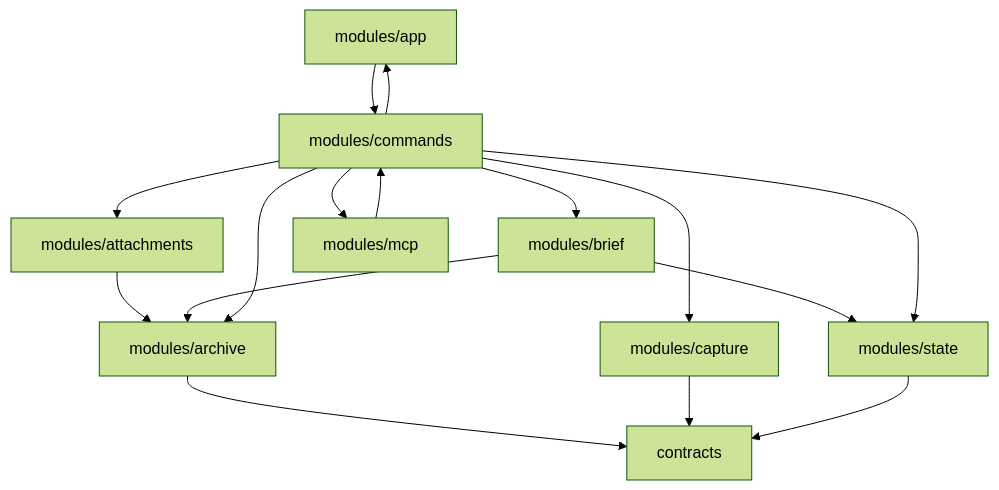
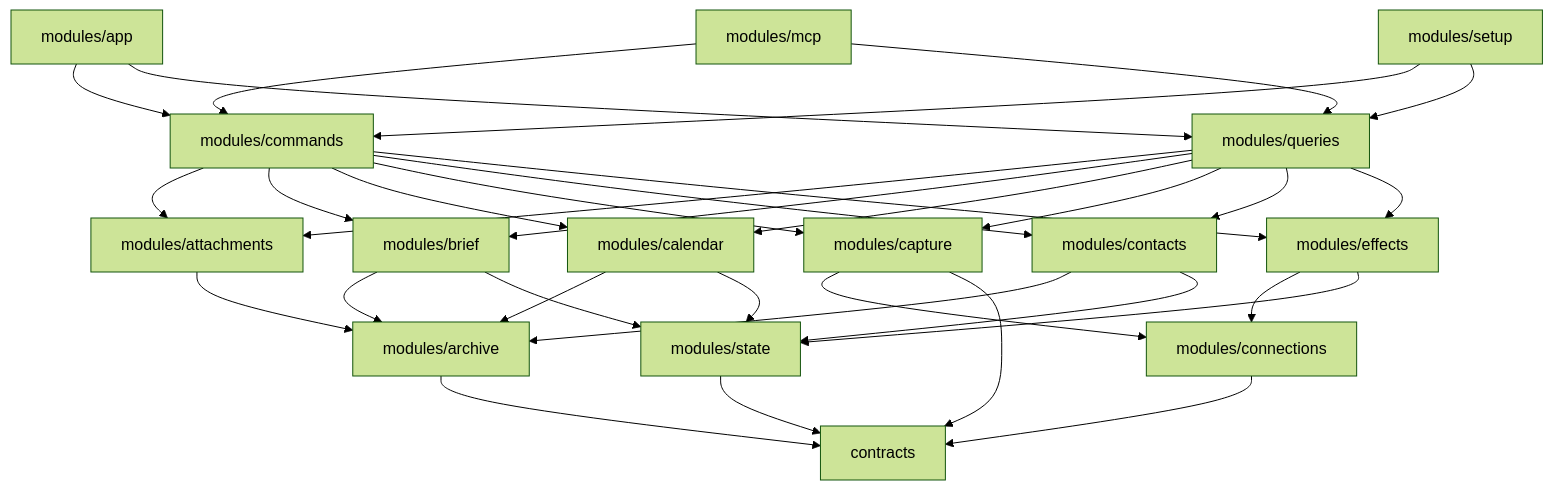
Before and after one commit to diligent-communications/diligent-communications: the diagram in map/README.md, drawn with Mermaid (forest theme). The commit also changed other lines of this file and 20 other files, not shown here.

````diff
--- a/map/README.md
+++ b/map/README.md
@@ -7,27 +9,50 @@
 ```mermaid
 flowchart TD
     folder0["contracts"]
     folder1["modules/app"]
     folder2["modules/archive"]
     folder3["modules/attachments"]
     folder4["modules/brief"]
-    folder5["modules/capture"]
-    folder6["modules/commands"]
-    folder7["modules/mcp"]
-    folder8["modules/state"]
-    folder1 --> folder6
+    folder5["modules/calendar"]
+    folder6["modules/capture"]
+    folder7["modules/commands"]
+    folder8["modules/connections"]
+    folder9["modules/contacts"]
+    folder10["modules/effects"]
+    folder11["modules/mcp"]
+    folder12["modules/queries"]
+    folder13["modules/setup"]
+    folder14["modules/state"]
+    folder1 --> folder7
+    folder1 --> folder12
     folder2 --> folder0
     folder3 --> folder2
     folder4 --> folder2
-    folder4 --> folder8
-    folder5 --> folder0
-    folder6 --> folder1
-    folder6 --> folder2
-    folder6 --> folder3
-    folder6 --> folder4
-    folder6 --> folder5
-    folder6 --> folder7
+    folder4 --> folder14
+    folder5 --> folder2
+    folder5 --> folder14
     folder6 --> folder8
+    folder6 --> folder0
+    folder7 --> folder3
+    folder7 --> folder4
+    folder7 --> folder5
     folder7 --> folder6
+    folder7 --> folder9
+    folder7 --> folder10
     folder8 --> folder0
+    folder9 --> folder2
+    folder9 --> folder14
+    folder10 --> folder8
+    folder10 --> folder14
+    folder11 --> folder7
+    folder11 --> folder12
+    folder12 --> folder3
+    folder12 --> folder4
+    folder12 --> folder5
+    folder12 --> folder6
+    folder12 --> folder9
+    folder12 --> folder10
+    folder13 --> folder7
+    folder13 --> folder12
+    folder14 --> folder0
 ```
````
